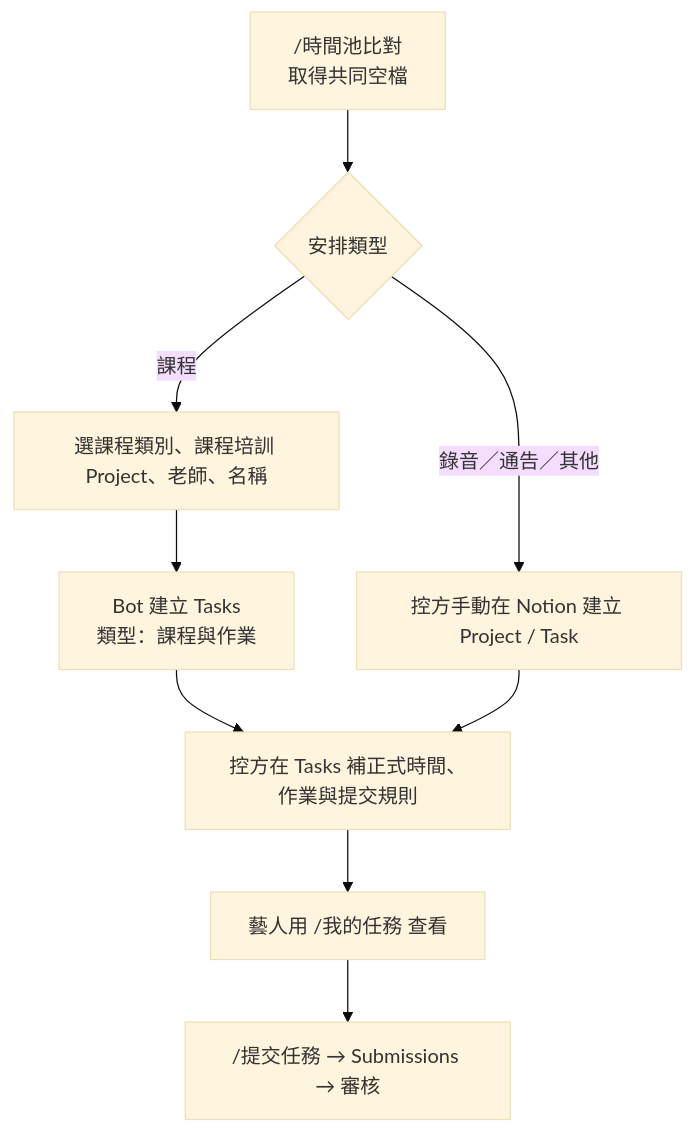
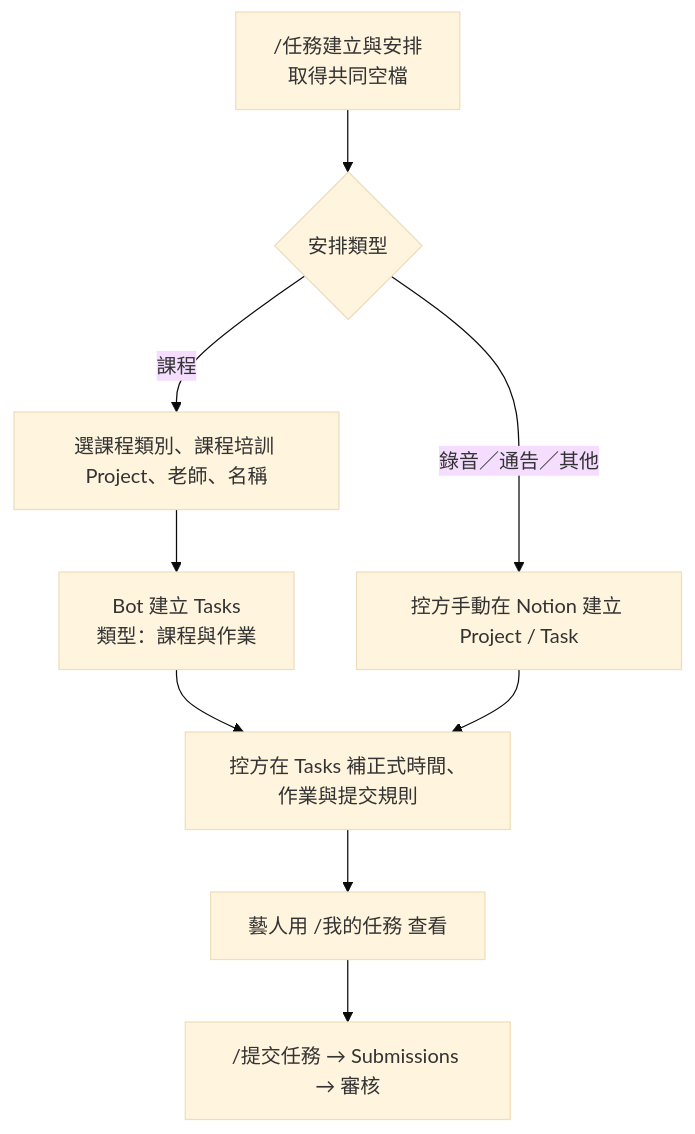
Before and after one commit to johnnysun0621/kari-kari-ai-ops: the second of 3 diagrams in FLOWCHART.md, drawn with Mermaid (base theme). The commit also changed other lines of this file and 20 other files, not shown here.

````diff
--- a/FLOWCHART.md
+++ b/FLOWCHART.md
@@ -48,11 +48,11 @@
 ```mermaid
 flowchart TD
-    A["/時間池比對\n取得共同空檔"] --> B{"安排類型"}
+    A["/任務建立與安排\n取得共同空檔"] --> B{"安排類型"}
     B -->|課程| C["選課程類別、課程培訓 Project、老師、名稱"]
     C --> D["Bot 建立 Tasks\n類型：課程與作業"]
     B -->|錄音／通告／其他| E["控方手動在 Notion 建立 Project / Task"]
     D --> F["控方在 Tasks 補正式時間、作業與提交規則"]
     E --> F
     F --> G["藝人用 /我的任務 查看"]
     G --> H["/提交任務 → Submissions → 審核"]
 ```
````
